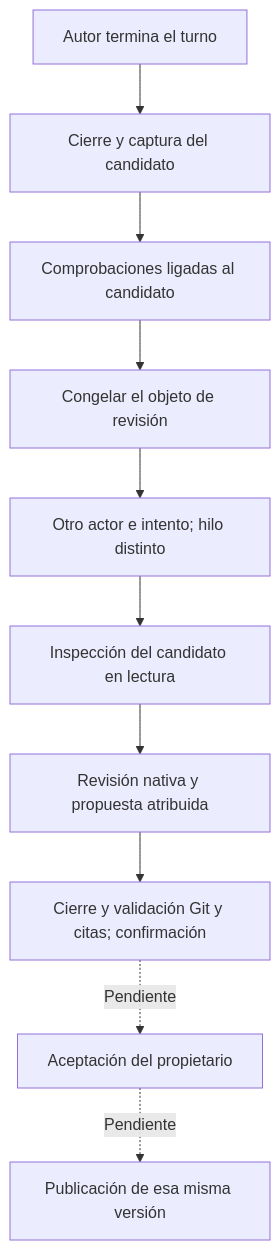
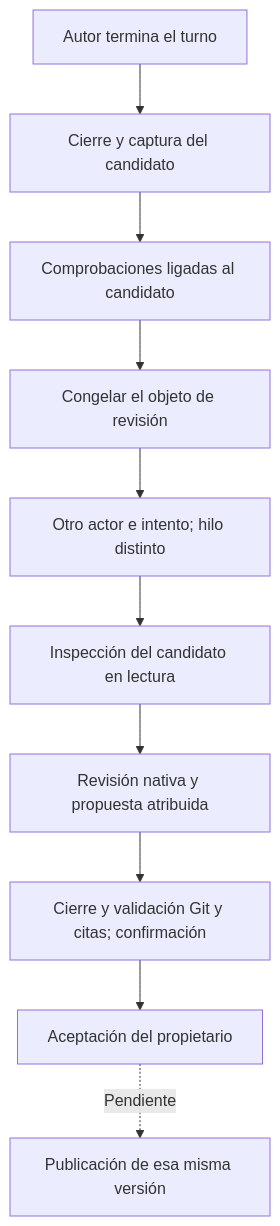
Before and after one commit to Infinibay/researcher: the diagram in docs/modernization/code-reviews.md, drawn with Mermaid. The commit also changed other lines of this file and 90 other files, not shown here.

````diff
--- a/docs/modernization/code-reviews.md
+++ b/docs/modernization/code-reviews.md
@@ -9,12 +10,12 @@
 ```mermaid
 flowchart TD
     A[Autor termina el turno] --> B[Cierre y captura del candidato]
     B --> C[Comprobaciones ligadas al candidato]
     C --> D[Congelar el objeto de revisión]
     D --> E[Otro actor e intento; hilo distinto]
     E --> F[Inspección del candidato en lectura]
     F --> G[Revisión nativa y propuesta atribuida]
     G --> V[Cierre y validación Git y citas; confirmación]
-    V -. Pendiente .-> H[Aceptación del propietario]
+    V --> H[Aceptación del propietario]
     H -. Pendiente .-> I[Publicación de esa misma versión]
 ```
````
